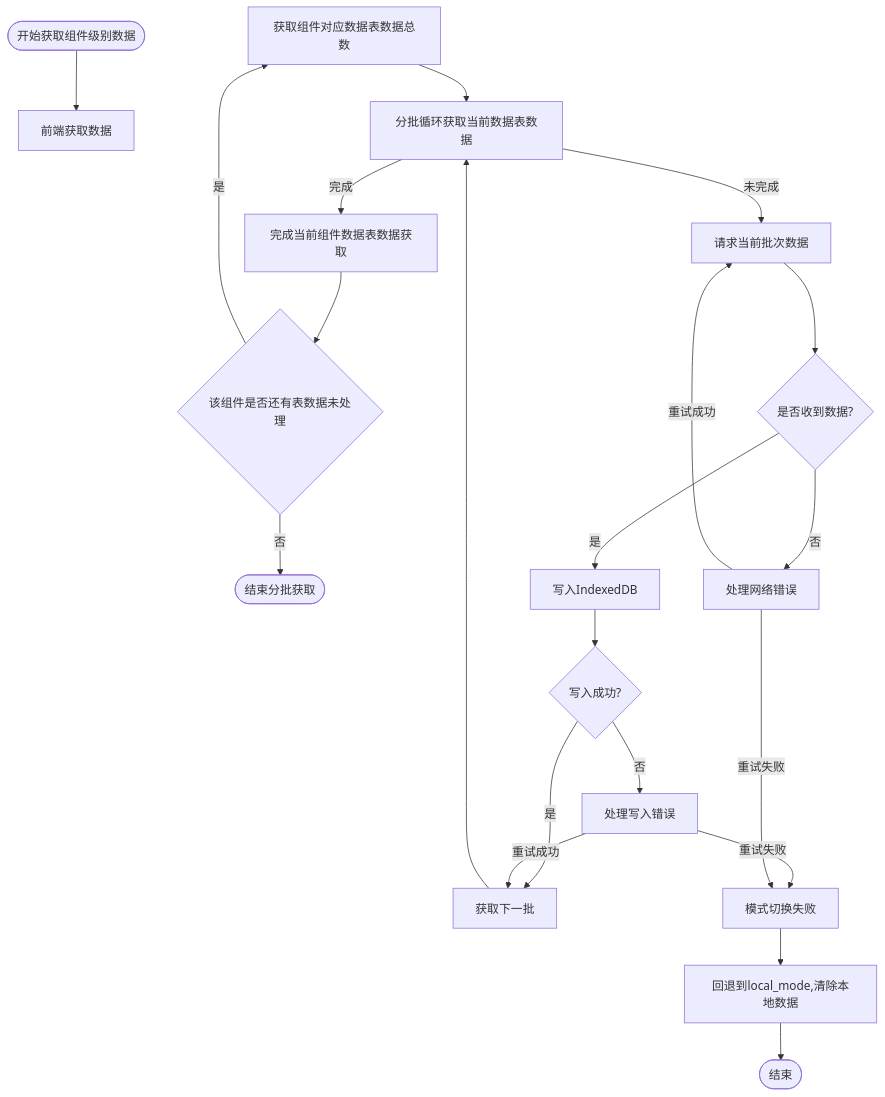
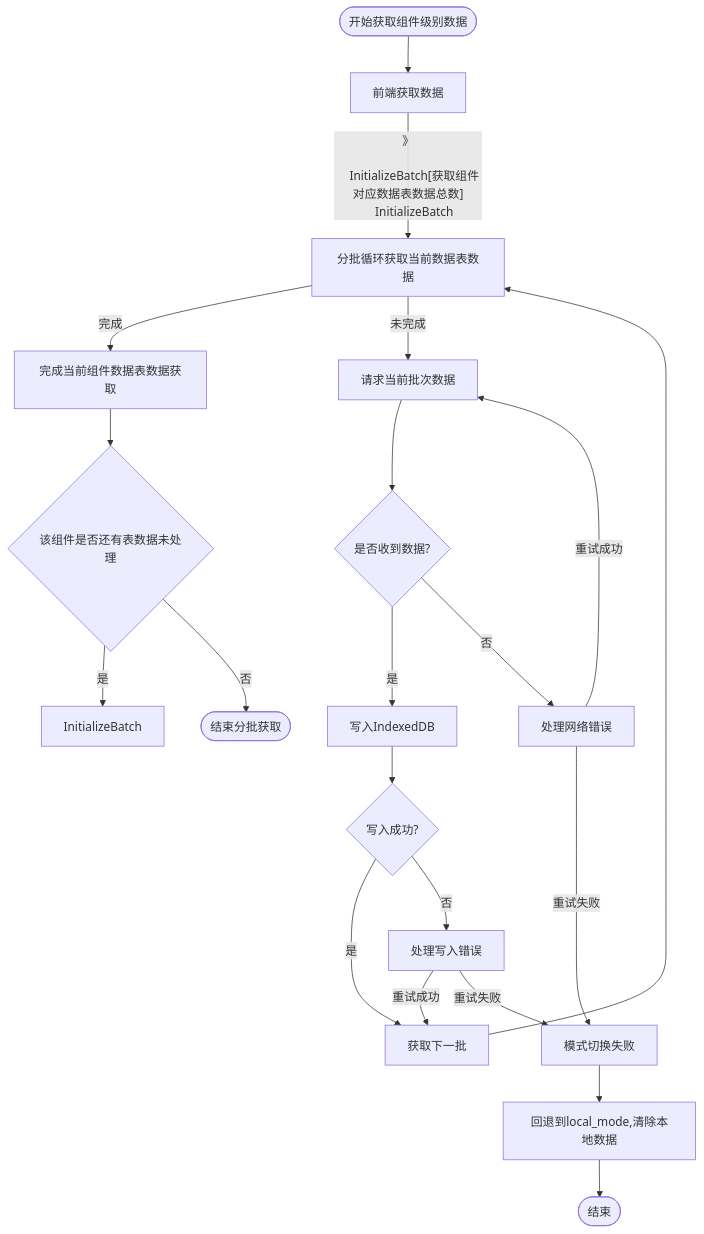
One commit to yingjianzh/iodraw-files changed the diagram in all/未命名-59.md. Above: the diagram before and after it, drawn with Mermaid.

Commit message:
2025-05-14 15:10:11 update

````diff
--- a/all/未命名-59.md
+++ b/all/未命名-59.md
@@ -1,41 +1,40 @@
 ```mermaid
 
 
 flowchart TD
     StartBatch([开始获取组件级别数据]) --> FrontSaveTimestamp[前端获取数据]
     
-
-    FrontSaveTimestamp
+    FrontSaveTimestamp --》
     
     InitializeBatch[获取组件对应数据表数据总数]
     InitializeBatch --> CheckBatchSize[分批循环获取当前数据表数据]
     
     CheckBatchSize -->|完成| BatchComplete[完成当前组件数据表数据获取]
 
 
     BatchComplete --> HasNext{该组件是否还有表数据未处理}
 
     HasNext --> |是| InitializeBatch
     HasNext --> |否| EndBatch([结束分批获取])
 
     
     CheckBatchSize -->|未完成| RequestBatch[请求当前批次数据]
     RequestBatch --> ReceiveBatch{是否收到数据?}
     
     ReceiveBatch -->|是| WriteToDB[写入IndexedDB]
     
     WriteToDB --> BatchSuccess{写入成功?}
     BatchSuccess -->|是| NextBatch[获取下一批]
     BatchSuccess -->|否| HandleError[处理写入错误]
     HandleError -->|重试成功| NextBatch
     HandleError -->|重试失败| ModeFailed[模式切换失败]
     ModeFailed --> Abort[回退到local_mode,清除本地数据]
     Abort --> End([结束])
     
     ReceiveBatch -->|否| HandleNetworkError[处理网络错误]
     HandleNetworkError -->|重试成功| RequestBatch
     HandleNetworkError -->|重试失败| ModeFailed
     
     NextBatch --> CheckBatchSize
 
 ```
````
